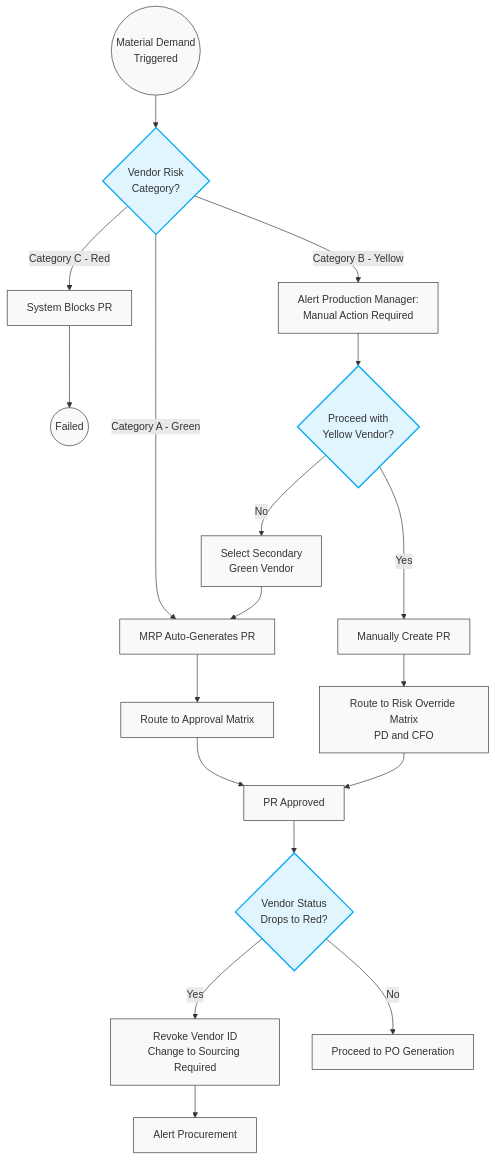
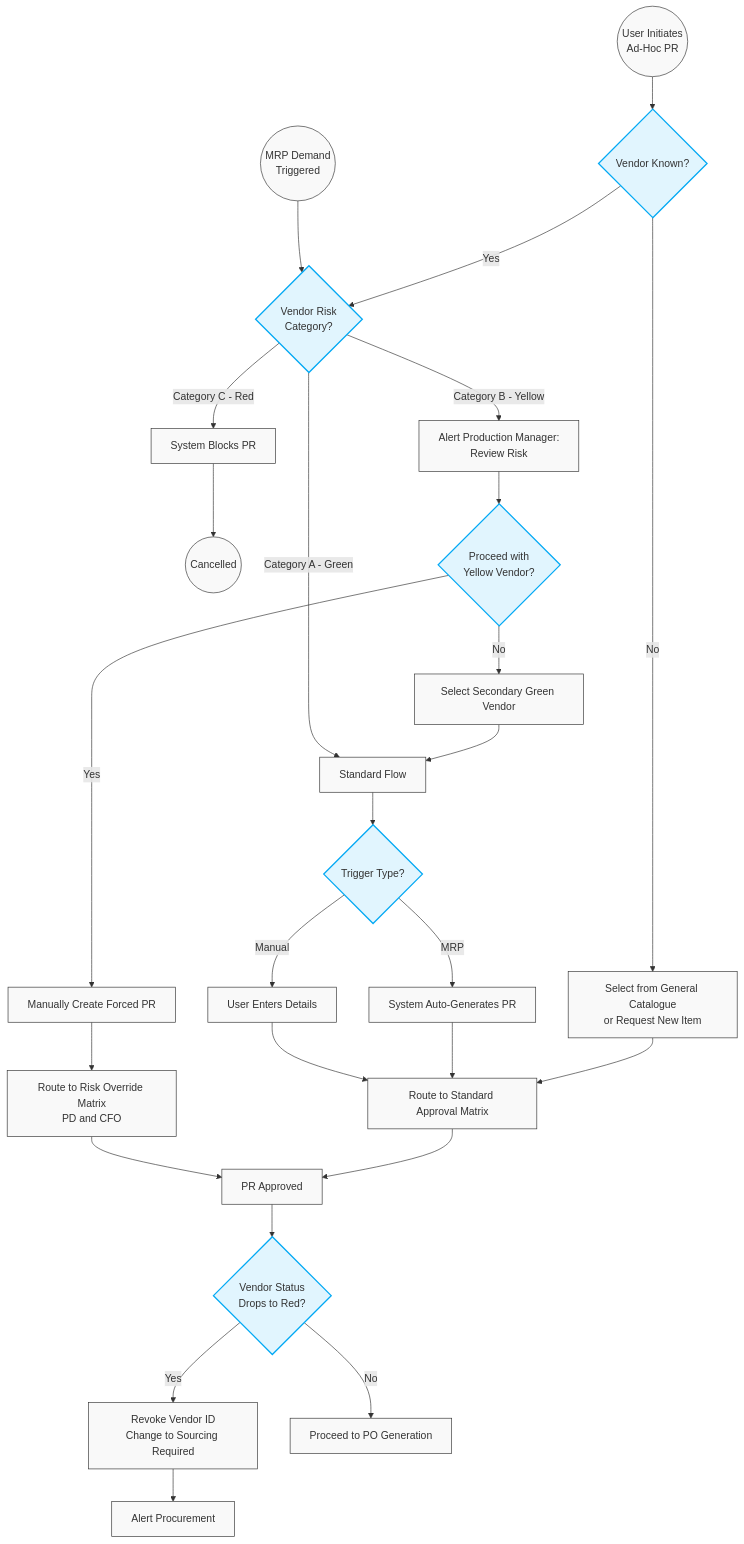
The diagram in 03_Procurement_Execution/301_Purchase_Requisition.md (vikkimovcharenko/ERP-Lifecycle), drawn with Mermaid before and after one commit. The commit also changed other lines of this file, not shown here.

````diff
--- a/03_Procurement_Execution/301_Purchase_Requisition.md
+++ b/03_Procurement_Execution/301_Purchase_Requisition.md
@@ -44,29 +44,40 @@
 ```mermaid
 flowchart TD
-    Demand((Material Demand<br>Triggered)) --> RiskGate{Vendor Risk<br>Category?}
+    %% Triggers
+    MRP((MRP Demand<br>Triggered))
+    Manual((User Initiates<br>Ad-Hoc PR))
     
-    %% MRP Automation Gateway
-    RiskGate -- Category A - Green --> Auto[MRP Auto-Generates PR]
-    RiskGate -- Category C - Red --> Block[System Blocks PR] --> End1((Failed))
-    RiskGate -- Category B - Yellow --> Alert[Alert Production Manager:<br>Manual Action Required]
+    %% Manual Flow Initial Steps
+    Manual --> Known{Vendor Known?}
+    Known -- No --> GenCat[Select from General Catalogue<br>or Request New Item]
+    GenCat --> Route[Route to Standard Approval Matrix]
+    
+    Known -- Yes --> RiskGate{Vendor Risk<br>Category?}
+    MRP --> RiskGate
+    
+    %% Risk Gateway
+    RiskGate -- Category C - Red --> Block[System Blocks PR] --> End1((Cancelled))
+    RiskGate -- Category B - Yellow --> Alert[Alert Production Manager:<br>Review Risk]
     
     Alert --> UserChoice{Proceed with<br>Yellow Vendor?}
-    UserChoice -- No --> SecVendor[Select Secondary<br>Green Vendor] --> Auto
-    UserChoice -- Yes --> ManPR[Manually Create PR]
+    UserChoice -- No --> SecVendor[Select Secondary Green Vendor] --> GreenFlow
+    UserChoice -- Yes --> ManPR[Manually Create Forced PR] --> RouteRisk[Route to Risk Override Matrix<br>PD and CFO]
     
-    %% Routing
-    Auto --> Route[Route to Approval Matrix]
-    ManPR --> RouteRisk[Route to Risk Override Matrix<br>PD and CFO]
+    RiskGate -- Category A - Green --> GreenFlow[Standard Flow]
     
-    %% In-Flight Reversal
+    GreenFlow --> TriggerCheck{Trigger Type?}
+    TriggerCheck -- MRP --> Auto[System Auto-Generates PR] --> Route
+    TriggerCheck -- Manual --> ManCat[User Enters Details] --> Route
+    
+    %% Routing & In-Flight Reversal
     Route --> Approve[PR Approved]
     RouteRisk --> Approve
     
     Approve --> Monitor{Vendor Status<br>Drops to Red?}
     Monitor -- Yes --> Revert[Revoke Vendor ID<br>Change to Sourcing Required] --> AlertProc[Alert Procurement]
     Monitor -- No --> Proceed[Proceed to PO Generation]
 
     classDef default fill:#f9f9f9,stroke:#333,stroke-width:1px;
     classDef decision fill:#e1f5fe,stroke:#03a9f4,stroke-width:2px;
-    class RiskGate,UserChoice,Monitor decision;
+    class RiskGate,UserChoice,Monitor,Known,TriggerCheck decision;
 ```
````
